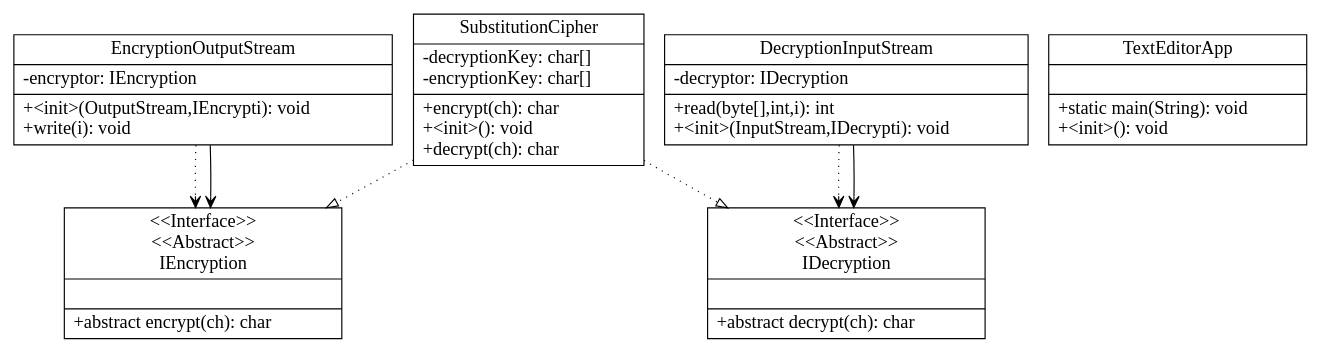
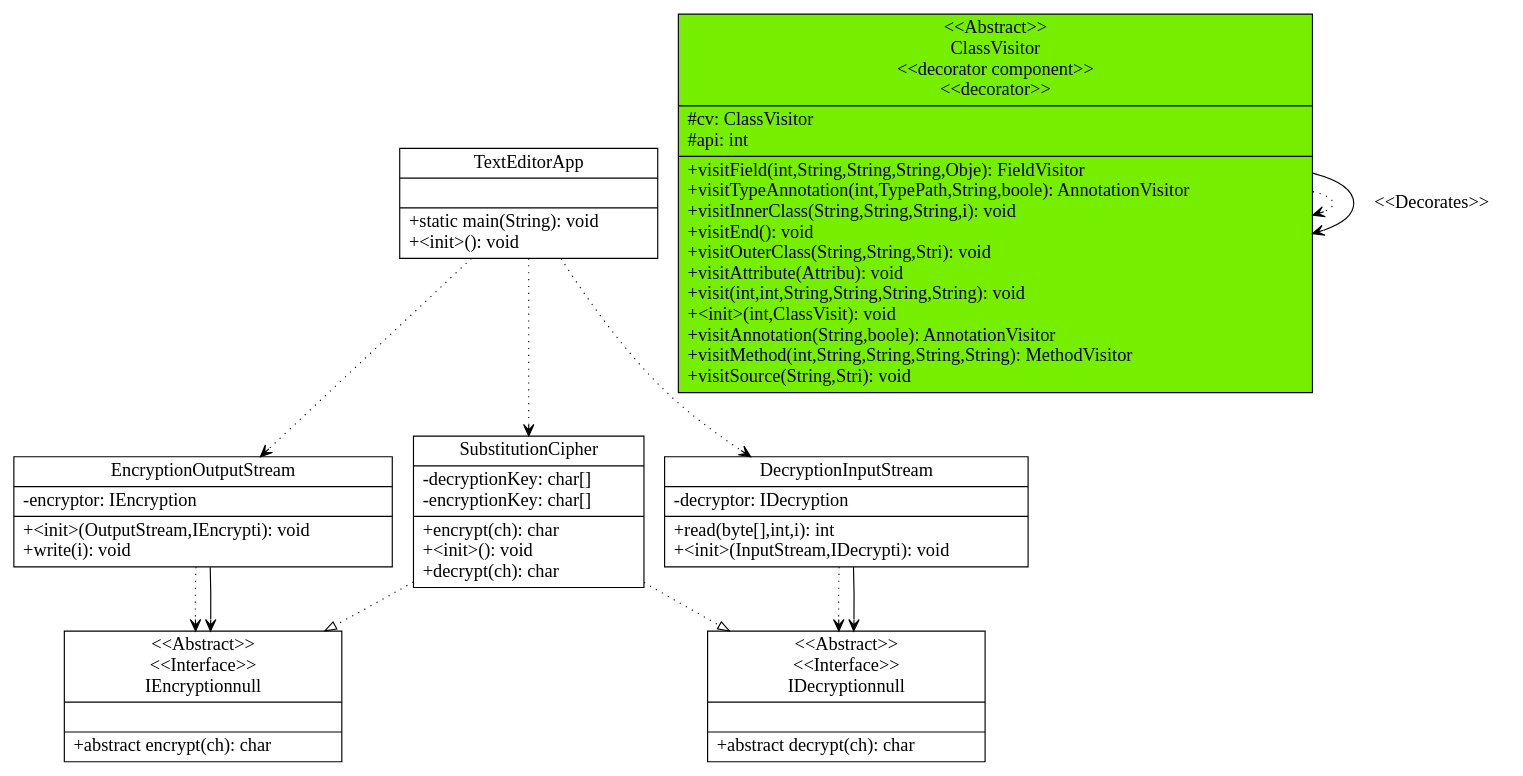
Before and after one commit to Maast3r/UMLMaker: the diagram in src/lab2one.dot, drawn with Graphviz. The commit also changed 34 other files, not shown here.

```diff
--- a/src/lab2one.dot
+++ b/src/lab2one.dot
@@ -1,65 +1,73 @@
 digraph G{
 	fontname = "Bitstream Vera Sans"
 	fontsize = 16
 
 node [
 	fontname = "Bitstream Vera Sans"
 	fontsize = 16
 
  shape = "record"
 ]
 edge [
 	fontname = "Bitstream Vera Sans"
 	fontsize = 16
 ]
 IEncryption [ 
 center=true
-    label="{\<\<Interface\>\>\n\<\<Abstract\>\>\n
-IEncryption| | +abstract encrypt(ch): char\l}"color = black
+    label="{\<\<Abstract\>\>\n\<\<Interface\>\>\n
+IEncryptionnull| | +abstract encrypt(ch): char\l}"color = black
 style = filled 
  fillcolor = white
 ]
 EncryptionOutputStream [ 
 center=true
     label="{
 EncryptionOutputStream|-encryptor: IEncryption \l | +\<init\>(OutputStream,IEncrypti): void\l+write(i): void\l}"color = black
 style = filled 
- fillcolor = white
-]
+ fillcolor = white]
 SubstitutionCipher [ 
 center=true
     label="{
 SubstitutionCipher|-decryptionKey: char[] \l-encryptionKey: char[] \l | +encrypt(ch): char\l+\<init\>(): void\l+decrypt(ch): char\l}"color = black
 style = filled 
- fillcolor = white
-]
+ fillcolor = white]
 DecryptionInputStream [ 
 center=true
     label="{
 DecryptionInputStream|-decryptor: IDecryption \l | +read(byte[],int,i): int\l+\<init\>(InputStream,IDecrypti): void\l}"color = black
 style = filled 
+ fillcolor = white]
+IDecryption [ 
+center=true
+    label="{\<\<Abstract\>\>\n\<\<Interface\>\>\n
+IDecryptionnull| | +abstract decrypt(ch): char\l}"color = black
+style = filled 
  fillcolor = white
 ]
-IDecryption [ 
+ClassVisitor [ 
 center=true
-    label="{\<\<Interface\>\>\n\<\<Abstract\>\>\n
-IDecryption| | +abstract decrypt(ch): char\l}"color = black
+    label="{\<\<Abstract\>\>\n
+ClassVisitor\n\<\<decorator component\>\> \n\<\<decorator\>\>|#cv: ClassVisitor \l#api: int \l | +visitField(int,String,String,String,Obje): FieldVisitor\l+visitTypeAnnotation(int,TypePath,String,boole): AnnotationVisitor\l+visitInnerClass(String,String,String,i): void\l+visitEnd(): void\l+visitOuterClass(String,String,Stri): void\l+visitAttribute(Attribu): void\l+visit(int,int,String,String,String,String): void\l+\<init\>(int,ClassVisit): void\l+visitAnnotation(String,boole): AnnotationVisitor\l+visitMethod(int,String,String,String,String): MethodVisitor\l+visitSource(String,Stri): void\l}"color = black
 style = filled 
- fillcolor = white
+ fillcolor = chartreuse2
 ]
 TextEditorApp [ 
 center=true
     label="{
 TextEditorApp| | +static main(String): void\l+\<init\>(): void\l}"color = black
 style = filled 
- fillcolor = white
-]
+ fillcolor = white]
 EncryptionOutputStream -> IEncryption[arrowhead = vee, style = dotted]
 EncryptionOutputStream -> IEncryption[arrowhead = vee]
 SubstitutionCipher -> IDecryption[arrowhead = onormal,style = dotted]
 SubstitutionCipher -> IEncryption[arrowhead = onormal,style = dotted]
 DecryptionInputStream -> IDecryption[arrowhead = vee, style = dotted]
 DecryptionInputStream -> IDecryption[arrowhead = vee]
+ClassVisitor -> ClassVisitor[arrowhead = vee, style = dotted]
+ClassVisitor -> ClassVisitor [arrowhead = vee,label="\<\<Decorates\>\>"]
+TextEditorApp -> DecryptionInputStream[arrowhead = vee, style = dotted]
+TextEditorApp -> SubstitutionCipher[arrowhead = vee, style = dotted]
+TextEditorApp -> EncryptionOutputStream[arrowhead = vee, style = dotted]
 
 
 }
```
